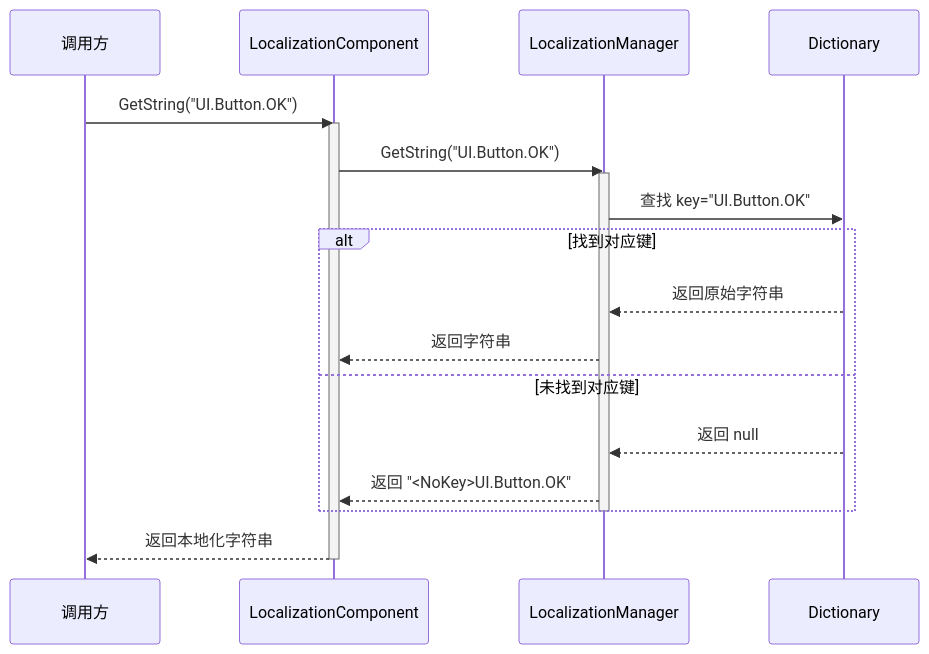
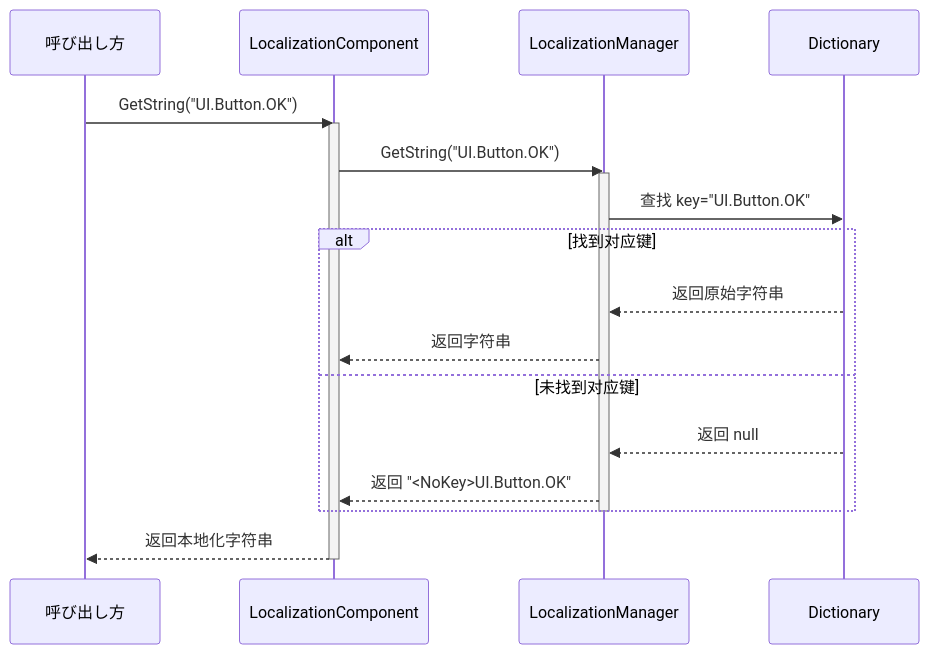
One commit to AlianBlank/GameFrameX.Docs changed the third of 5 diagrams in docs/ja/client/unity/component/localization/01.overview.md. Above: the diagram before and after it, drawn with Mermaid. The commit also changed other lines of this file and 603 other files, not shown here.

````diff
--- a/docs/ja/client/unity/component/localization/01.overview.md
+++ b/docs/ja/client/unity/component/localization/01.overview.md
@@ -126,25 +126,25 @@
 ```mermaid
 sequenceDiagram
-    participant Client as 调用方
+    participant Client as 呼び出し方
     participant LC as LocalizationComponent
     participant LM as LocalizationManager
     participant Dict as Dictionary
 
     Client->>LC: GetString("UI.Button.OK")
     activate LC
     LC->>LM: GetString("UI.Button.OK")
     activate LM
     LM->>Dict: 查找 key="UI.Button.OK"
     
     alt 找到对应键
         Dict-->>LM: 返回原始字符串
         LM-->>LC: 返回字符串
     else 未找到对应键
         Dict-->>LM: 返回 null
         LM-->>LC: 返回 "<NoKey>UI.Button.OK"
     end
     deactivate LM
     
     LC-->>Client: 返回本地化字符串
     deactivate LC
 ```
````
